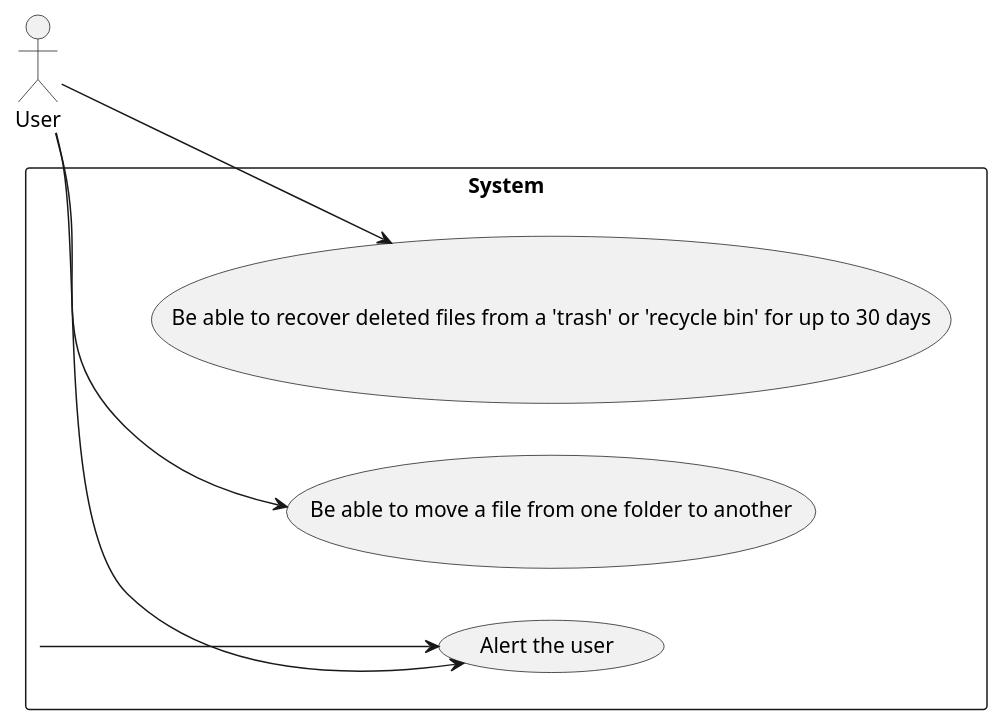
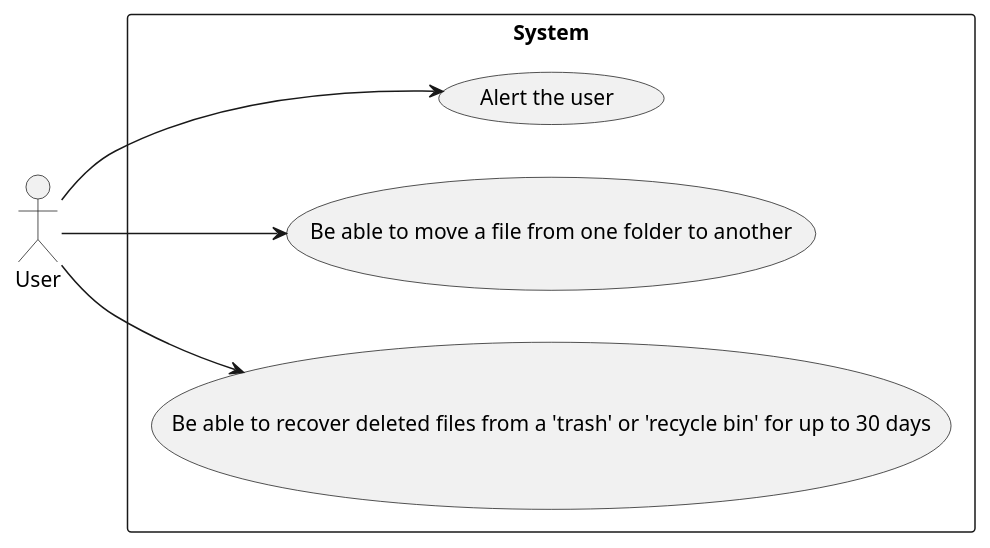
One commit to qamaruddin-qureshi/fyp-uml-diagram-generator changed the diagram in user_stories/golden_puml/use_case/use_case_test_Cloud_Storage_Management.puml. Above: the diagram before and after it, drawn with PlantUML. The commit also changed 5 other files, not shown here.

```diff
--- a/user_stories/golden_puml/use_case/use_case_test_Cloud_Storage_Management.puml
+++ b/user_stories/golden_puml/use_case/use_case_test_Cloud_Storage_Management.puml
@@ -1,14 +1,12 @@
 @startuml
 left to right direction
-actor "System" as System
 actor "User" as User
 rectangle System {
 usecase "Alert the user" as Alerttheuser
 usecase "Be able to move a file from one folder to another" as Beabletomoveafilefromonefoldertoanother
 usecase "Be able to recover deleted files from a 'trash' or 'recycle bin' for up to 30 days" as Beabletorecoverdeletedfilesfromatrashorrecyclebinforupto30days
 }
-System --> Alerttheuser
 User --> Alerttheuser
 User --> Beabletomoveafilefromonefoldertoanother
 User --> Beabletorecoverdeletedfilesfromatrashorrecyclebinforupto30days
 @enduml
```
